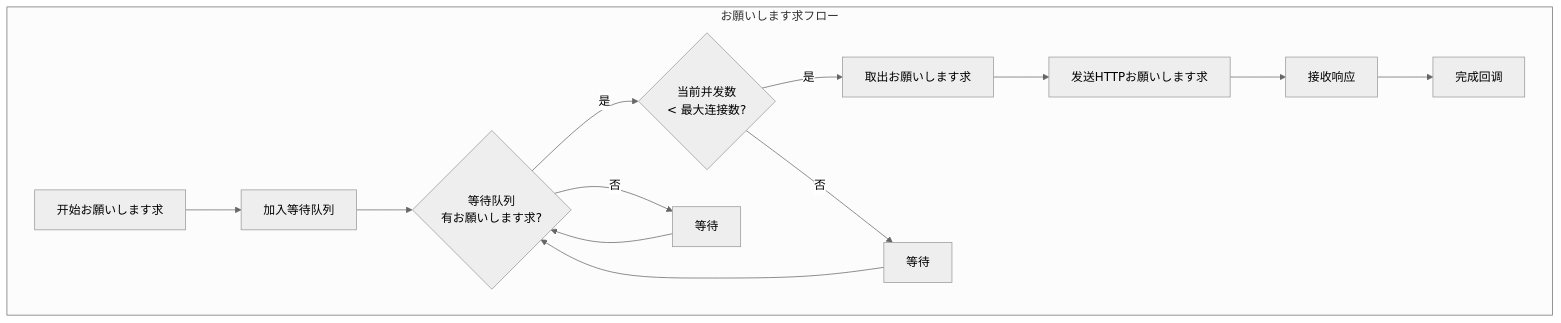
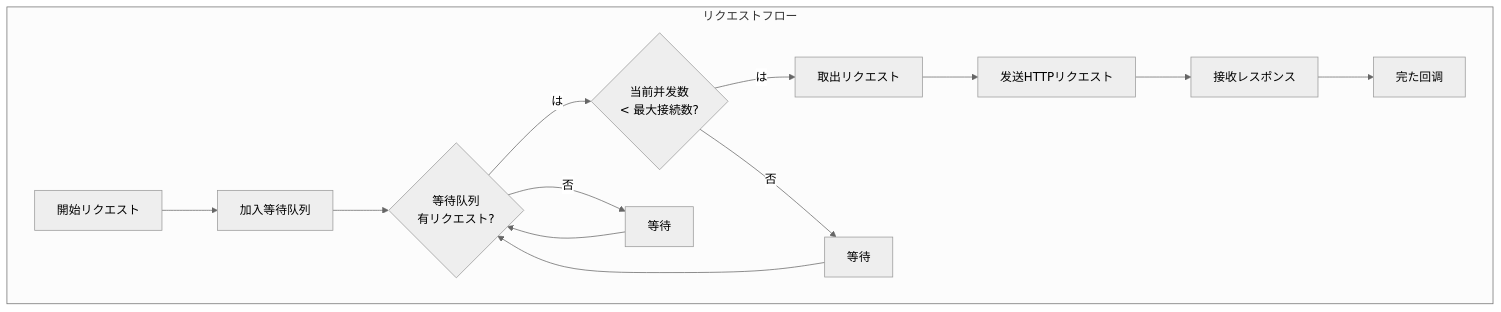
Before and after one commit to AlianBlank/GameFrameX.Docs: the second of 3 diagrams in docs/ja/client/unity/component/web-protobuff/04.features.md, drawn with Mermaid (neutral theme). The commit also changed other lines of this file and 320 other files, not shown here.

````diff
--- a/docs/ja/client/unity/component/web-protobuff/04.features.md
+++ b/docs/ja/client/unity/component/web-protobuff/04.features.md
@@ -132,16 +132,16 @@
 ```mermaid
 flowchart TD
-    subgraph RequestFlow["お願いします求フロー"]
-        Start[开始お願いします求] --> Enqueue[加入等待队列]
-        Enqueue --> Check{等待队列\n有お願いします求?}
-        Check -->|是| CheckLimit{当前并发数\n< 最大连接数?}
-        CheckLimit -->|是| Dequeue[取出お願いします求]
+    subgraph RequestFlow["リクエストフロー"]
+        Start[開始リクエスト] --> Enqueue[加入等待队列]
+        Enqueue --> Check{等待队列\n有リクエスト?}
+        Check -->|は| CheckLimit{当前并发数\n< 最大接続数?}
+        CheckLimit -->|は| Dequeue[取出リクエスト]
         CheckLimit -->|否| Wait[等待]
-        Dequeue --> Send[发送HTTPお願いします求]
-        Send --> Response[接收响应]
-        Response --> Complete[完成回调]
+        Dequeue --> Send[发送HTTPリクエスト]
+        Send --> Response[接收レスポンス]
+        Response --> Complete[完た回调]
         Check -->|否| Wait2[等待]
         Wait --> Check
         Wait2 --> Check
     end
 ```
````
